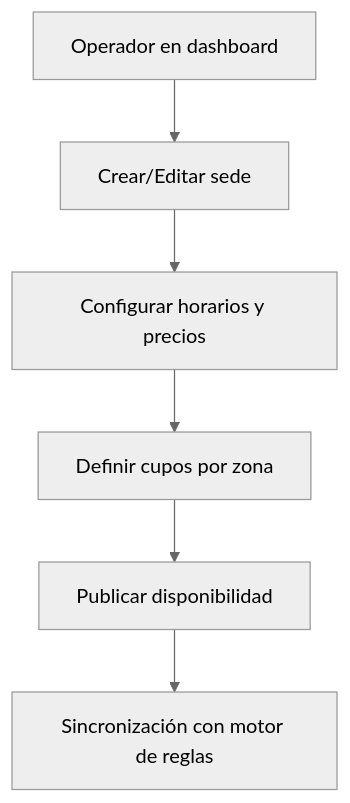
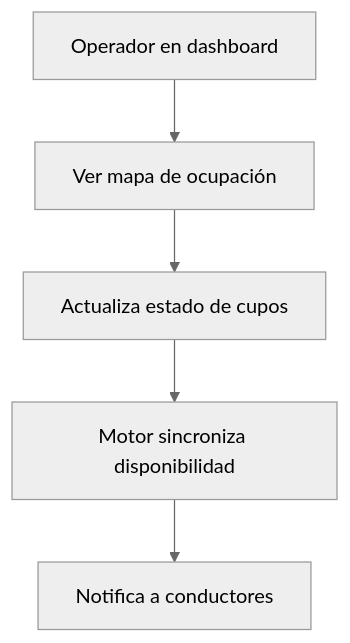
The seventh of 10 diagrams in docs/docs/tecnico/referencia/mapa-flujos-usuario.md (Amospad/Locify), drawn with Mermaid (neutral theme) before and after one commit. The commit also changed other lines of this file and 1 other file, not shown here.

Commit message:
docs(tecnico): completa mapa de 10 flujos de usuario con diagramas Mermaid

````diff
--- a/docs/docs/tecnico/referencia/mapa-flujos-usuario.md
+++ b/docs/docs/tecnico/referencia/mapa-flujos-usuario.md
@@ -88,8 +108,7 @@
 ```mermaid
 flowchart TD
-    A[Operador en dashboard] --> B[Crear/Editar sede]
-    B --> C[Configurar horarios y precios]
-    C --> D[Definir cupos por zona]
-    D --> E[Publicar disponibilidad]
-    E --> F[Sincronización con motor de reglas]
+    A[Operador en dashboard] --> B[Ver mapa de ocupación]
+    B --> C[Actualiza estado de cupos]
+    C --> D[Motor sincroniza disponibilidad]
+    D --> E[Notifica a conductores]
 ```
````
